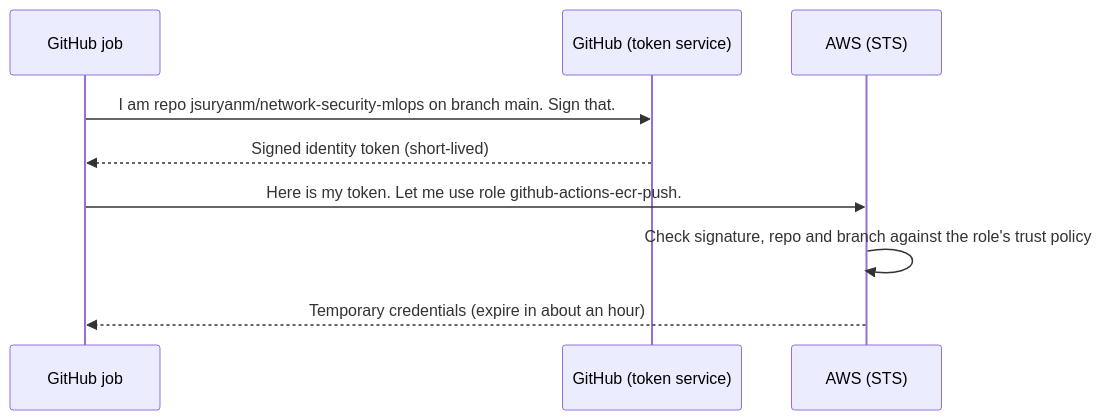
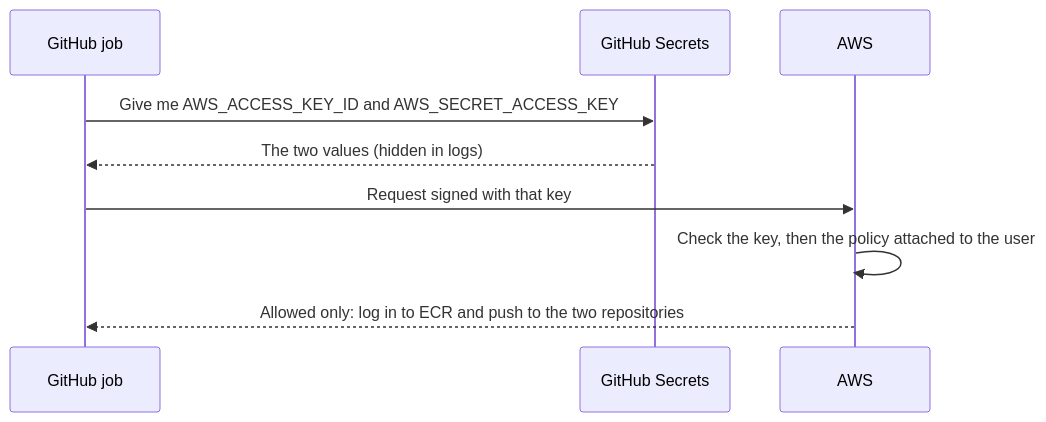
Before and after one commit to jsuryanm/network-security-mlops: the second of 3 diagrams in docs/cicd_explained.md, drawn with Mermaid. The commit also changed other lines of this file and 6 other files, not shown here.

````diff
--- a/docs/cicd_explained.md
+++ b/docs/cicd_explained.md
@@ -151,11 +148,11 @@
 ```mermaid
 sequenceDiagram
     participant J as GitHub job
-    participant G as GitHub (token service)
-    participant A as AWS (STS)
-    J->>G: I am repo jsuryanm/network-security-mlops on branch main. Sign that.
-    G-->>J: Signed identity token (short-lived)
-    J->>A: Here is my token. Let me use role github-actions-ecr-push.
-    A->>A: Check signature, repo and branch against the role's trust policy
-    A-->>J: Temporary credentials (expire in about an hour)
+    participant S as GitHub Secrets
+    participant A as AWS
+    J->>S: Give me AWS_ACCESS_KEY_ID and AWS_SECRET_ACCESS_KEY
+    S-->>J: The two values (hidden in logs)
+    J->>A: Request signed with that key
+    A->>A: Check the key, then the policy attached to the user
+    A-->>J: Allowed only: log in to ECR and push to the two repositories
 ```
````
